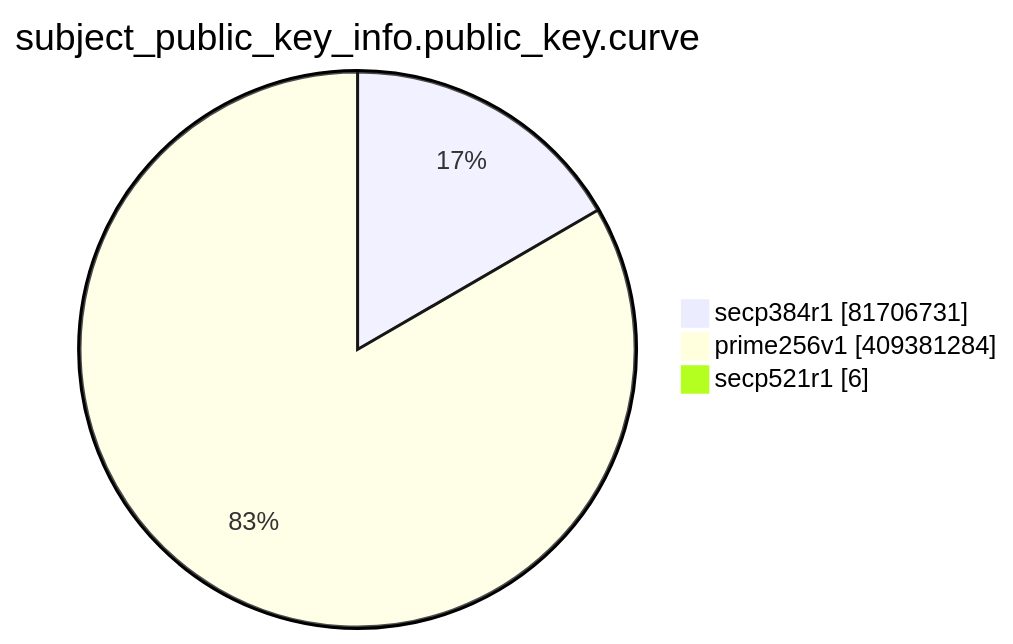
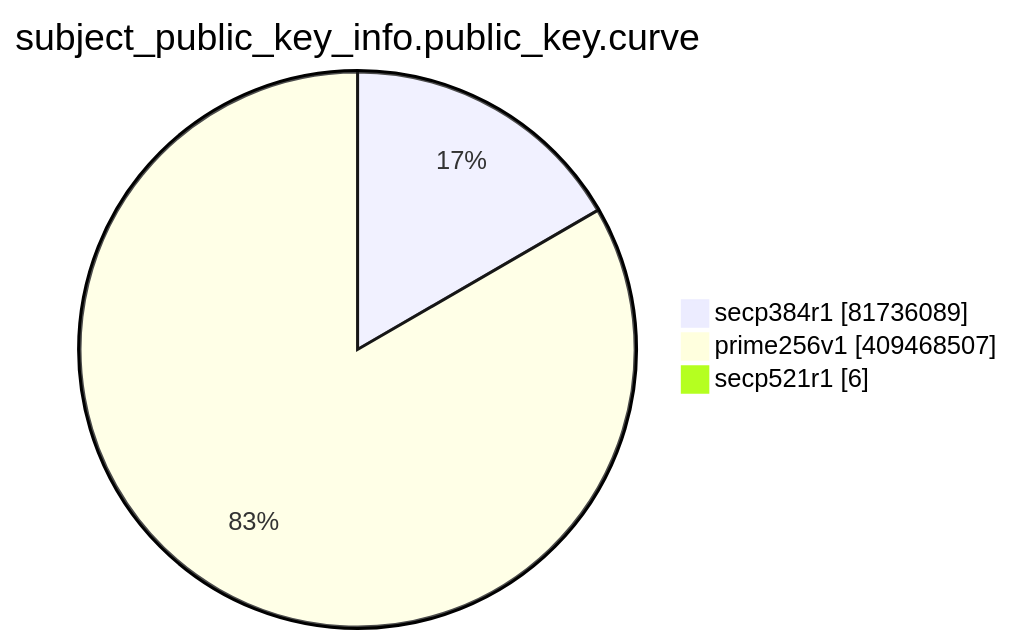
Before and after one commit to christiankrug/ctmonitor_visualization: the eighth of 15 diagrams in TOTAL/README.md, drawn with Mermaid. The commit also changed other lines of this file, not shown here.

````diff
--- a/TOTAL/README.md
+++ b/TOTAL/README.md
@@ -3096,7 +3096,7 @@
 ```mermaid
 pie showData
 title subject_public_key_info.public_key.curve
-"secp384r1" :81706731
-"prime256v1" :409381284
+"secp384r1" :81736089
+"prime256v1" :409468507
 "secp521r1" :6
 ```
````
